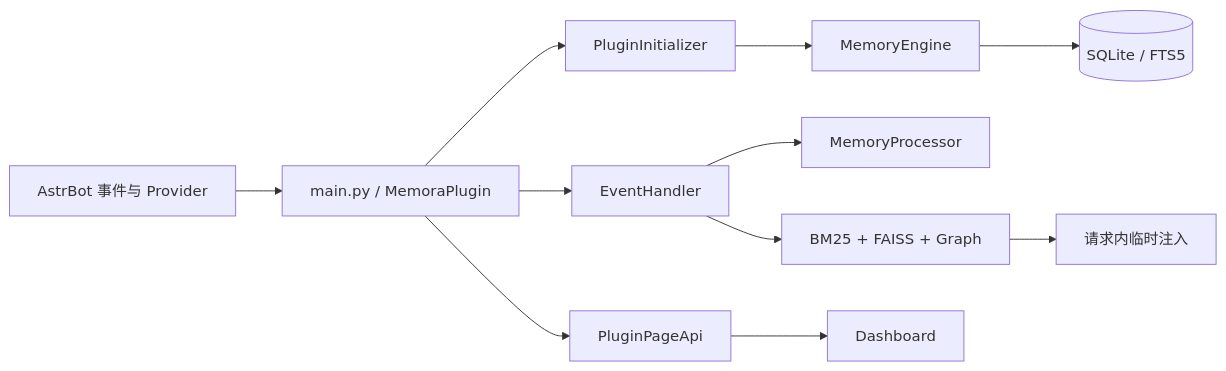
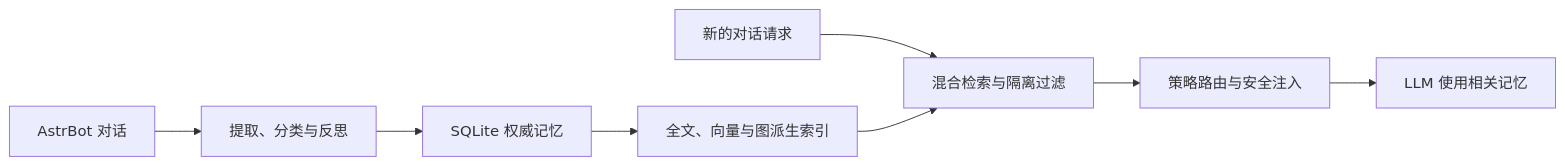
The diagram in README.md (INSide-734/astrbot_plugin_memora), drawn with Mermaid before and after one commit. The commit also changed other lines of this file and 1 other file, not shown here.

````diff
--- a/README.md
+++ b/README.md
@@ -237,13 +151,10 @@
 ```mermaid
 flowchart LR
-    AstrBot["AstrBot 事件与 Provider"] --> Plugin["main.py / MemoraPlugin"]
-    Plugin --> Init["PluginInitializer"]
-    Plugin --> Events["EventHandler"]
-    Plugin --> Page["PluginPageApi"]
-    Init --> Engine["MemoryEngine"]
-    Events --> Processor["MemoryProcessor"]
-    Events --> Retrieval["BM25 + FAISS + Graph"]
-    Retrieval --> Injection["请求内临时注入"]
-    Engine --> Storage[("SQLite / FTS5")]
-    Page --> Dashboard["Dashboard"]
+    Conversation["AstrBot 对话"] --> Understand["提取、分类与反思"]
+    Understand --> Store["SQLite 权威记忆"]
+    Store --> Index["全文、向量与图派生索引"]
+    Request["新的对话请求"] --> Retrieve["混合检索与隔离过滤"]
+    Index --> Retrieve
+    Retrieve --> Inject["策略路由与安全注入"]
+    Inject --> Model["LLM 使用相关记忆"]
 ```
````
